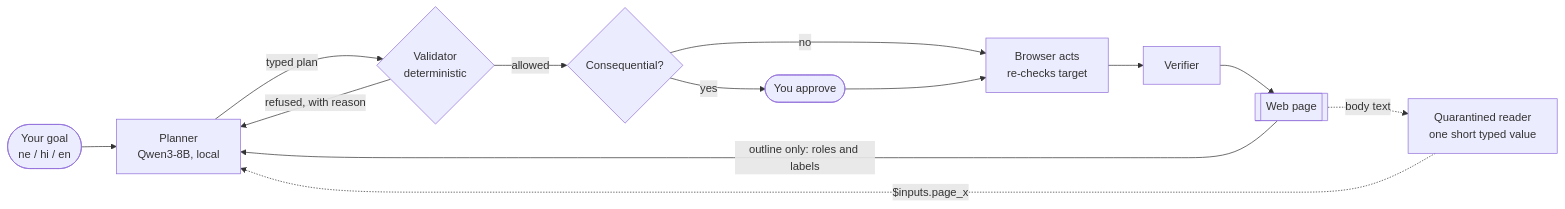
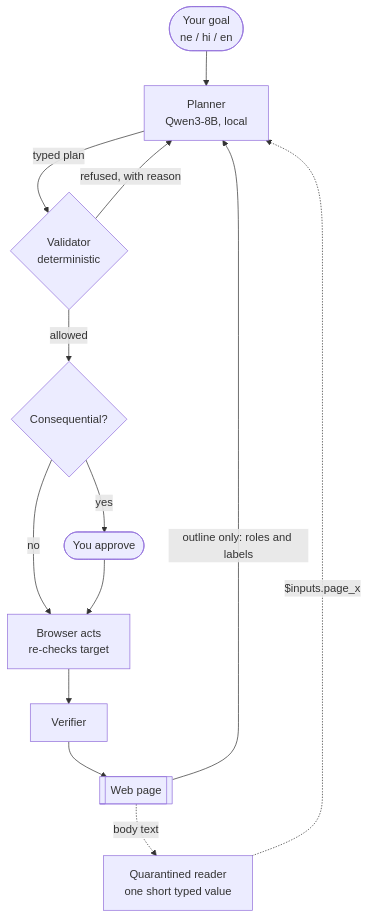
The diagram in README.md (SudeepSigdel/Janus), drawn with Mermaid before and after one commit.

Commit message:
README: top-down flow diagram

````diff
--- a/README.md
+++ b/README.md
@@ -52,14 +52,14 @@
 ```mermaid
-flowchart LR
+flowchart TB
     goal(["Your goal<br/>ne / hi / en"]) --> plan
     page[["Web page"]] -->|outline only: roles and labels| plan
     page -.->|body text| reader["Quarantined reader<br/>one short typed value"]
     reader -.->|$inputs.page_x| plan
     plan["Planner<br/>Qwen3-8B, local"] -->|typed plan| val{"Validator<br/>deterministic"}
     val -->|refused, with reason| plan
     val -->|allowed| gate{"Consequential?"}
     gate -->|yes| you(["You approve"])
     gate -->|no| act["Browser acts<br/>re-checks target"]
     you --> act
     act --> verify["Verifier"] --> page
 ```
````
